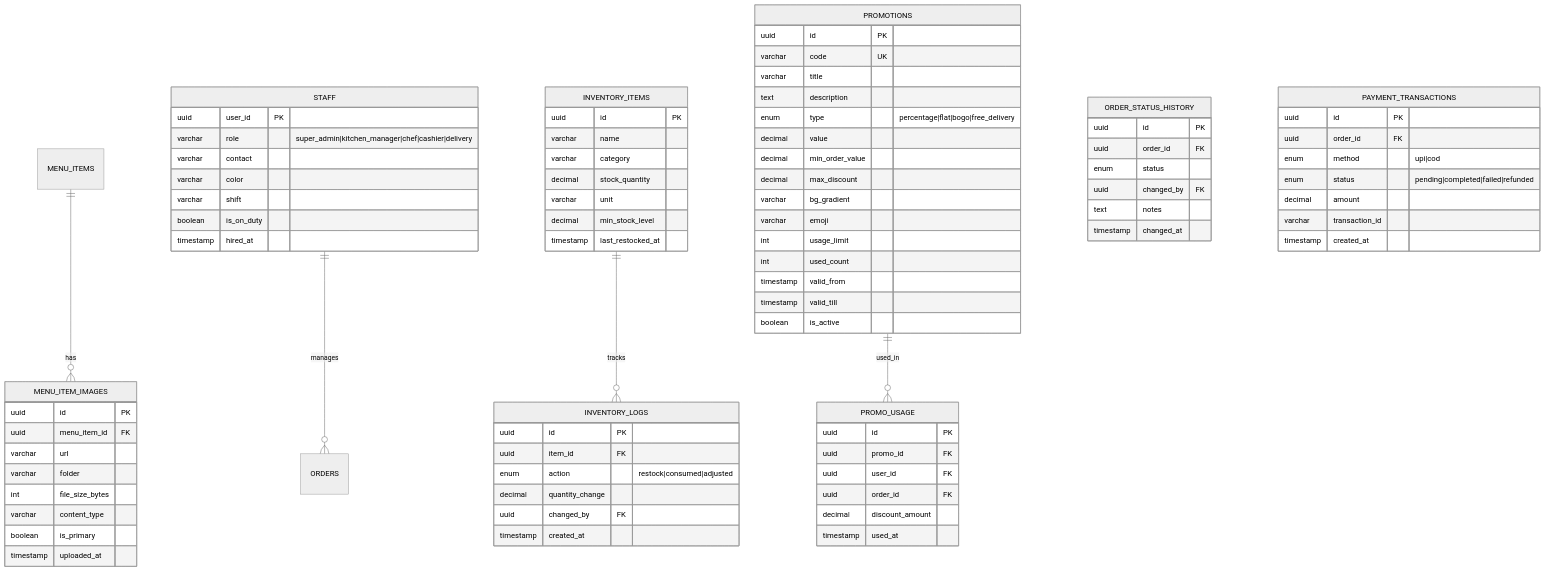
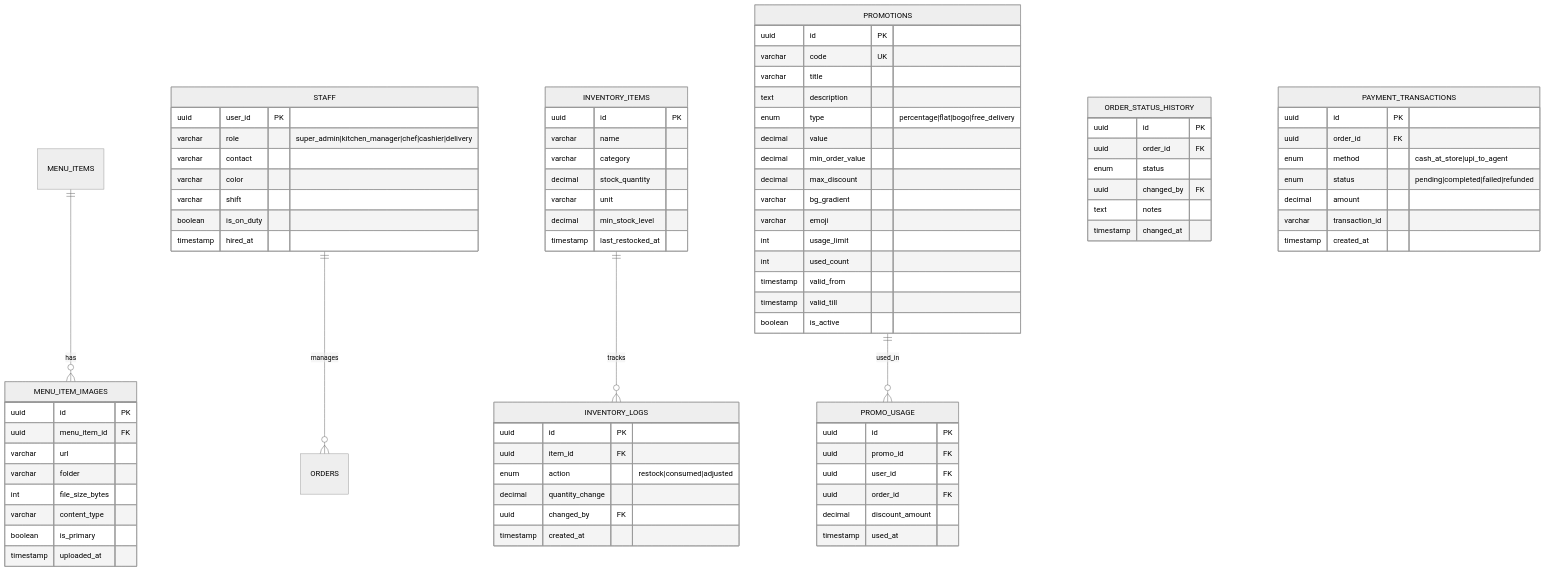
The third of 5 diagrams in campus_food_ordering_system/docs/admin_portal_system_design.md (csanni/frescos-app), drawn with Mermaid (neutral theme) before and after one commit. The commit also changed other lines of this file and 21 other files, not shown here.

```diff
--- a/campus_food_ordering_system/docs/admin_portal_system_design.md
+++ b/campus_food_ordering_system/docs/admin_portal_system_design.md
@@ -662,7 +667,7 @@
     PAYMENT_TRANSACTIONS {
         uuid id PK
         uuid order_id FK
-        enum method "upi|cod"
+        enum method "cash_at_store|upi_to_agent"
         enum status "pending|completed|failed|refunded"
         decimal amount
         varchar transaction_id
```
